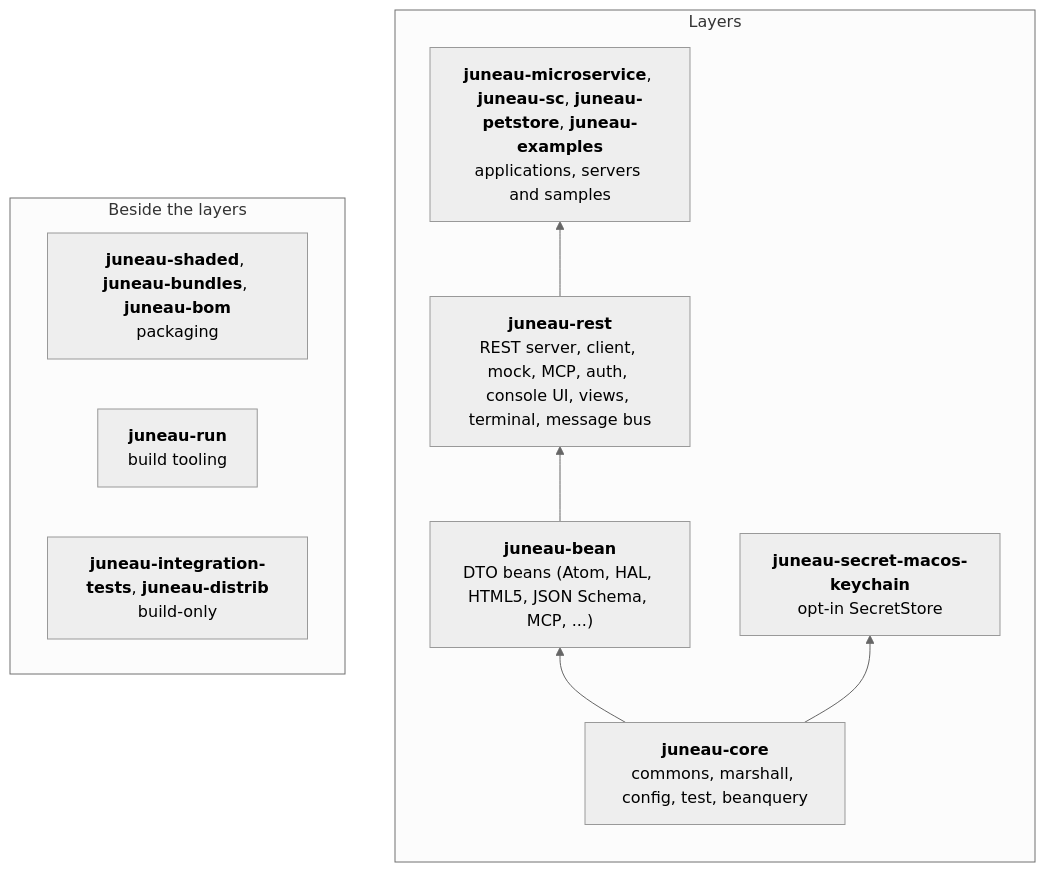
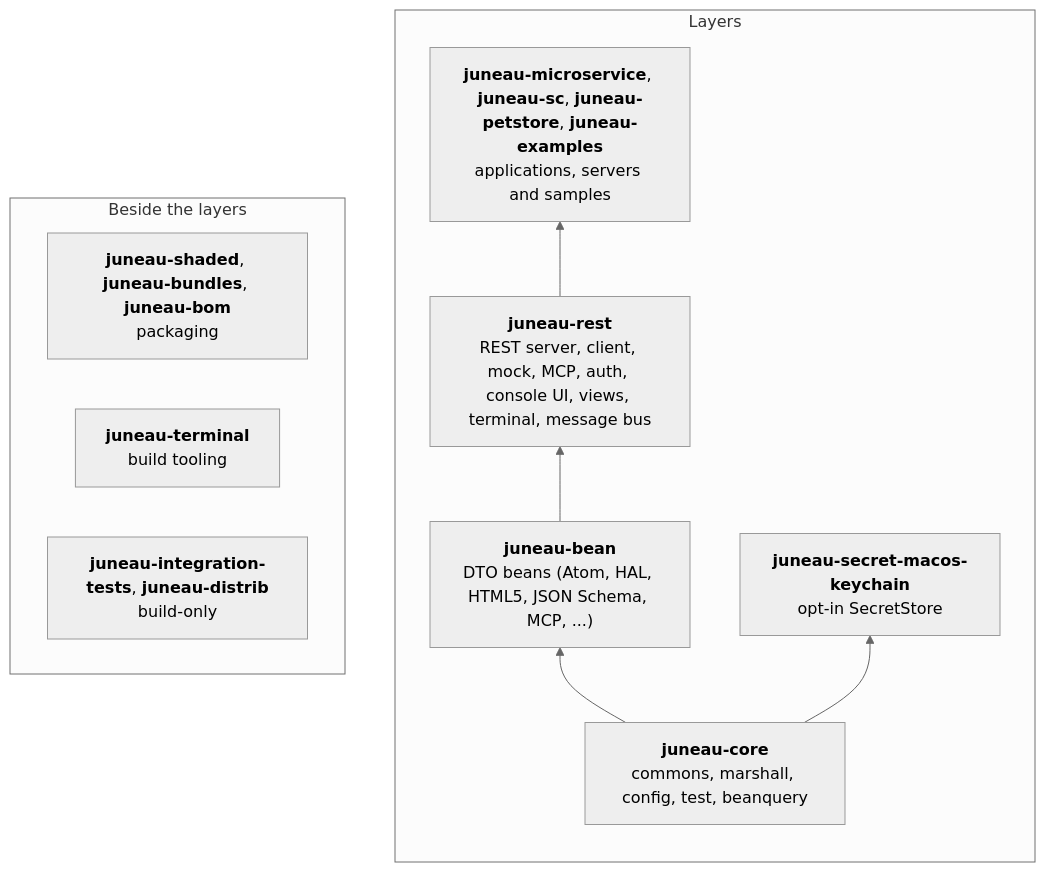
The diagram in pages/topics/01.00.JuneauEcosystemOverview.md (apache/juneau), drawn with Mermaid (neutral theme) before and after one commit. The commit also changed other lines of this file and 121 other files, not shown here.

````diff
--- a/pages/topics/01.00.JuneauEcosystemOverview.md
+++ b/pages/topics/01.00.JuneauEcosystemOverview.md
@@ -41,19 +41,19 @@
 ```mermaid
 flowchart BT
     subgraph layers ["Layers"]
         direction BT
         core["<b>juneau-core</b><br/>commons, marshall, config, test, beanquery"]
         bean["<b>juneau-bean</b><br/>DTO beans (Atom, HAL, HTML5, JSON Schema, MCP, ...)"]
         rest["<b>juneau-rest</b><br/>REST server, client, mock, MCP, auth, console UI, views, terminal, message bus"]
         app["<b>juneau-microservice</b>, <b>juneau-sc</b>, <b>juneau-petstore</b>, <b>juneau-examples</b><br/>applications, servers and samples"]
         secret["<b>juneau-secret-macos-keychain</b><br/>opt-in SecretStore"]
         core --> bean --> rest --> app
         core --> secret
     end
     subgraph beside ["Beside the layers"]
         direction LR
         pkg["<b>juneau-shaded</b>, <b>juneau-bundles</b>, <b>juneau-bom</b><br/>packaging"]
-        tooling["<b>juneau-run</b><br/>build tooling"]
+        tooling["<b>juneau-terminal</b><br/>build tooling"]
         build["<b>juneau-integration-tests</b>, <b>juneau-distrib</b><br/>build-only"]
     end
 ```
````
